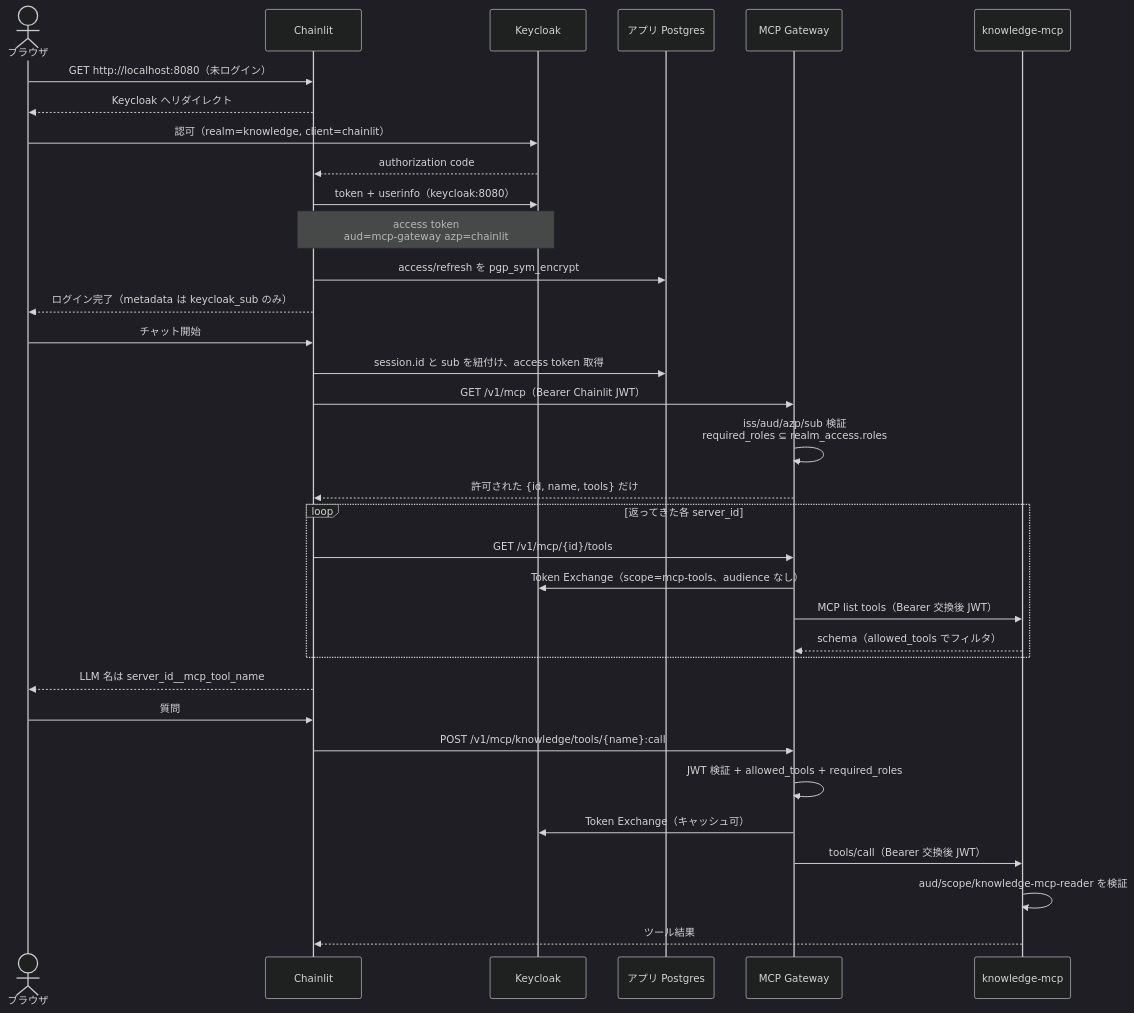
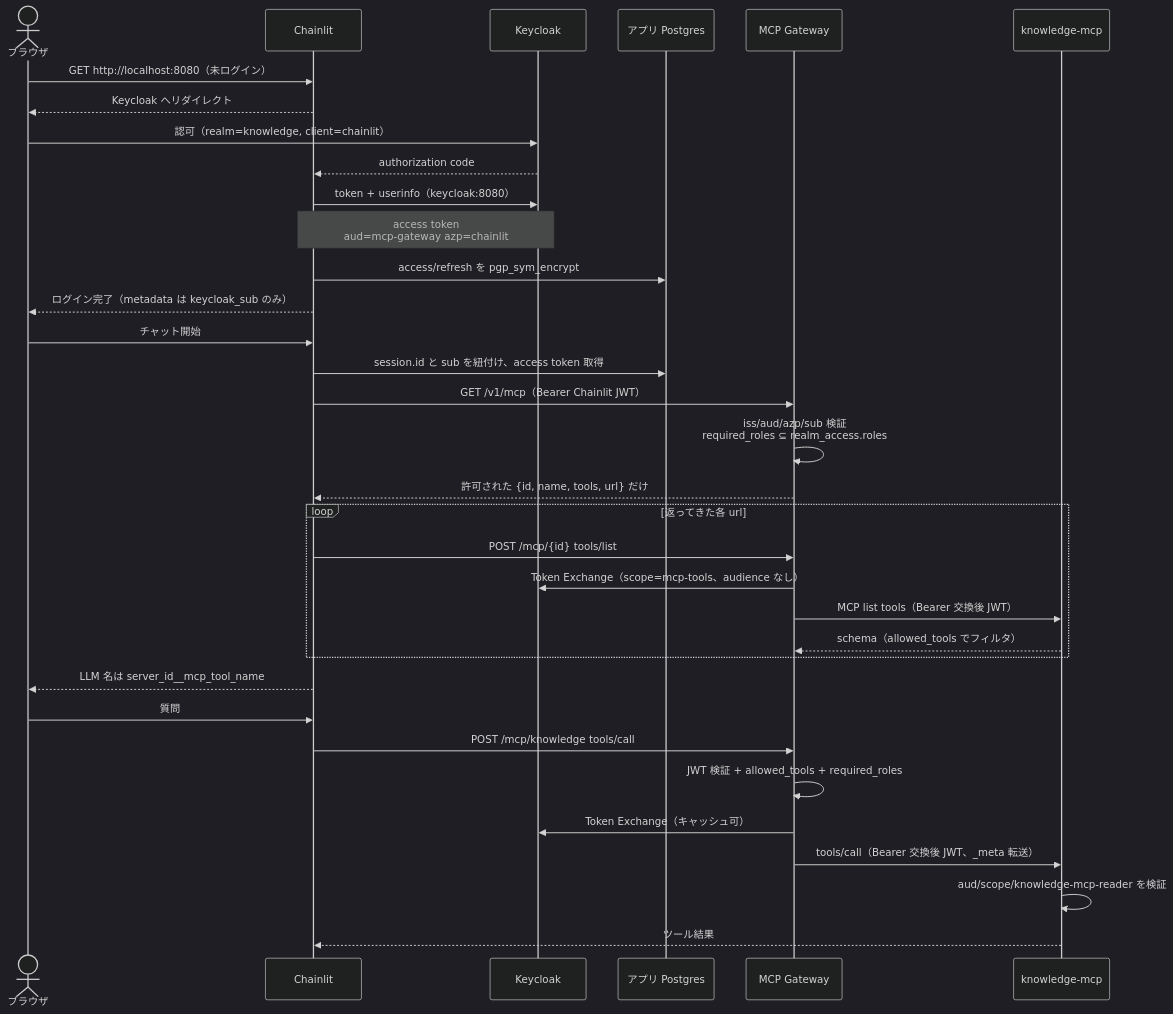
Before and after one commit to s-kodani/template-ai-coding: the diagram in docs/current/features/authentication.md, drawn with Mermaid (dark theme). The commit also changed other lines of this file and 26 other files, not shown here.

First line of the commit message:
feat: MCP Gateway をサーバー単位の Streamable HTTP にする (#54)

````diff
--- a/docs/current/features/authentication.md
+++ b/docs/current/features/authentication.md
@@ -51,39 +51,39 @@
 ```mermaid
 sequenceDiagram
     actor User as ブラウザ
     participant Chainlit
     participant Keycloak
     participant PG as アプリ Postgres
     participant Gateway as MCP Gateway
     participant MCP as knowledge-mcp
 
     User->>Chainlit: GET http://localhost:8080（未ログイン）
     Chainlit-->>User: Keycloak へリダイレクト
     User->>Keycloak: 認可（realm=knowledge, client=chainlit）
     Keycloak-->>Chainlit: authorization code
     Chainlit->>Keycloak: token + userinfo（keycloak:8080）
     Note over Keycloak,Chainlit: access token<br/>aud=mcp-gateway azp=chainlit
     Chainlit->>PG: access/refresh を pgp_sym_encrypt
     Chainlit-->>User: ログイン完了（metadata は keycloak_sub のみ）
 
     User->>Chainlit: チャット開始
     Chainlit->>PG: session.id と sub を紐付け、access token 取得
     Chainlit->>Gateway: GET /v1/mcp（Bearer Chainlit JWT）
     Gateway->>Gateway: iss/aud/azp/sub 検証<br/>required_roles ⊆ realm_access.roles
-    Gateway-->>Chainlit: 許可された {id, name, tools} だけ
-    loop 返ってきた各 server_id
-        Chainlit->>Gateway: GET /v1/mcp/{id}/tools
+    Gateway-->>Chainlit: 許可された {id, name, tools, url} だけ
+    loop 返ってきた各 url
+        Chainlit->>Gateway: POST /mcp/{id} tools/list
         Gateway->>Keycloak: Token Exchange（scope=mcp-tools、audience なし）
         Gateway->>MCP: MCP list tools（Bearer 交換後 JWT）
         MCP-->>Gateway: schema（allowed_tools でフィルタ）
     end
     Chainlit-->>User: LLM 名は server_id__mcp_tool_name
 
     User->>Chainlit: 質問
-    Chainlit->>Gateway: POST /v1/mcp/knowledge/tools/{name}:call
+    Chainlit->>Gateway: POST /mcp/knowledge tools/call
     Gateway->>Gateway: JWT 検証 + allowed_tools + required_roles
     Gateway->>Keycloak: Token Exchange（キャッシュ可）
-    Gateway->>MCP: tools/call（Bearer 交換後 JWT）
+    Gateway->>MCP: tools/call（Bearer 交換後 JWT、_meta 転送）
     MCP->>MCP: aud/scope/knowledge-mcp-reader を検証
     MCP-->>Chainlit: ツール結果
 ```
````
